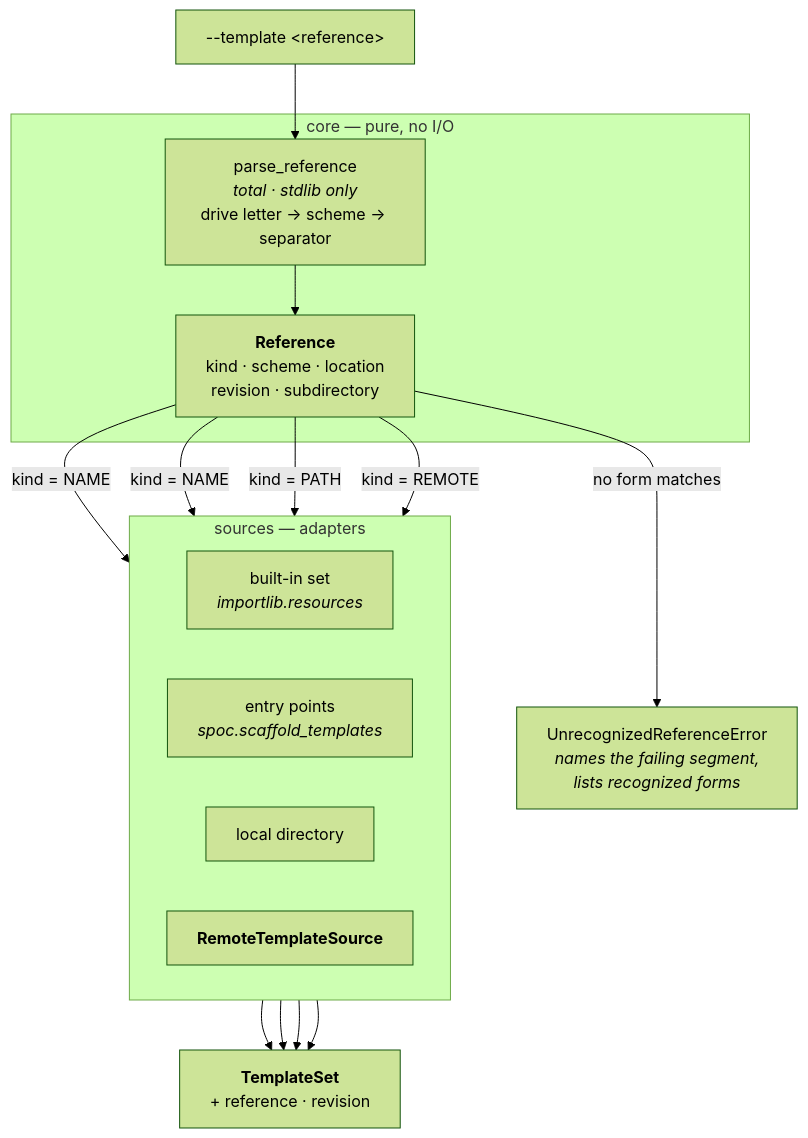
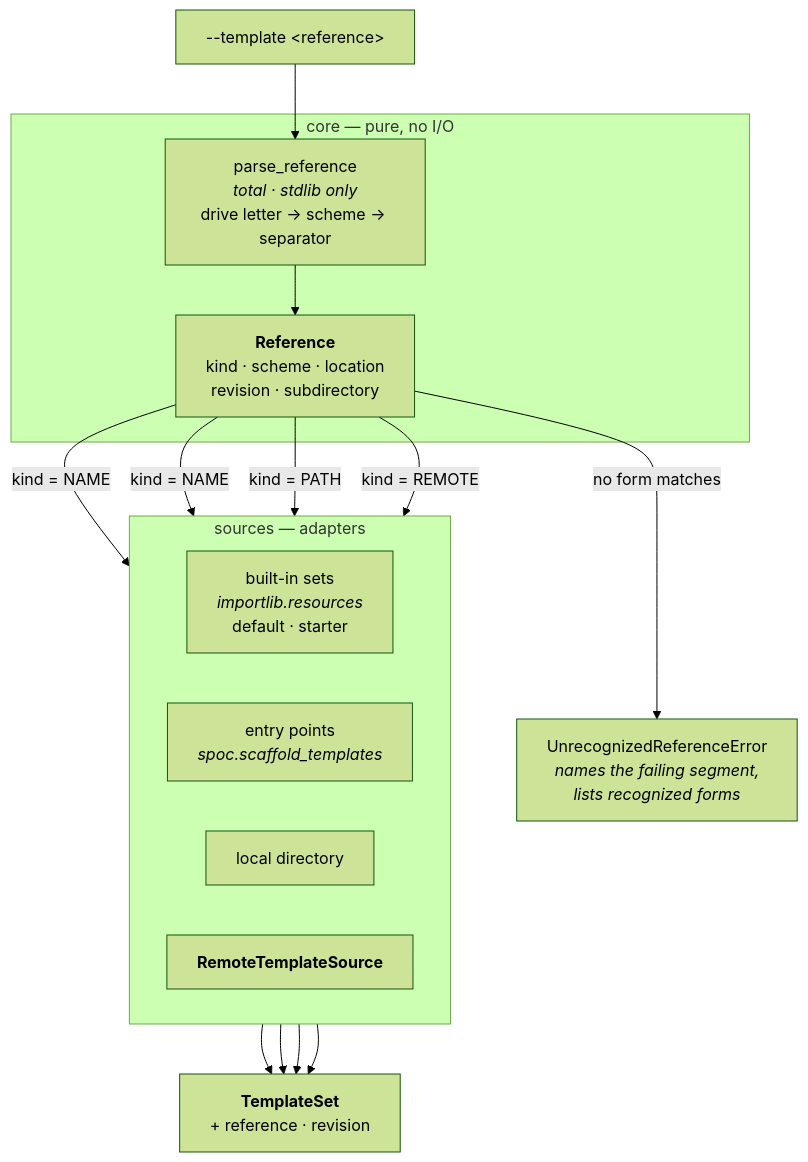
Before and after one commit to hlop3z/spoc: the first of 4 diagrams in docs/architecture/scaffold-resolution.md, drawn with Mermaid (forest theme). The commit also changed other lines of this file and 18 other files, not shown here.

````diff
--- a/docs/architecture/scaffold-resolution.md
+++ b/docs/architecture/scaffold-resolution.md
@@ -14,31 +14,31 @@
 ```mermaid
 flowchart TB
     ref["--template &lt;reference&gt;"]
 
     subgraph pure ["core — pure, no I/O"]
         parse["parse_reference<br/><i>total · stdlib only</i><br/>drive letter → scheme → separator"]
         refobj["<b>Reference</b><br/>kind · scheme · location<br/>revision · subdirectory"]
     end
 
     subgraph adapters ["sources — adapters"]
         direction LR
-        builtin["built-in set<br/><i>importlib.resources</i>"]
+        builtin["built-in sets<br/><i>importlib.resources</i><br/>default · starter"]
         entry["entry points<br/><i>spoc.scaffold_templates</i>"]
         directory["local directory"]
         remote["<b>RemoteTemplateSource</b>"]
     end
 
     set["<b>TemplateSet</b><br/>+ reference · revision"]
 
     ref --> parse --> refobj
     refobj -->|"kind = NAME"| builtin
     refobj -->|"kind = NAME"| entry
     refobj -->|"kind = PATH"| directory
     refobj -->|"kind = REMOTE"| remote
     refobj -->|"no form matches"| refused["UnrecognizedReferenceError<br/><i>names the failing segment,<br/>lists recognized forms</i>"]
 
     builtin --> set
     entry --> set
     directory --> set
     remote --> set
 ```
````
